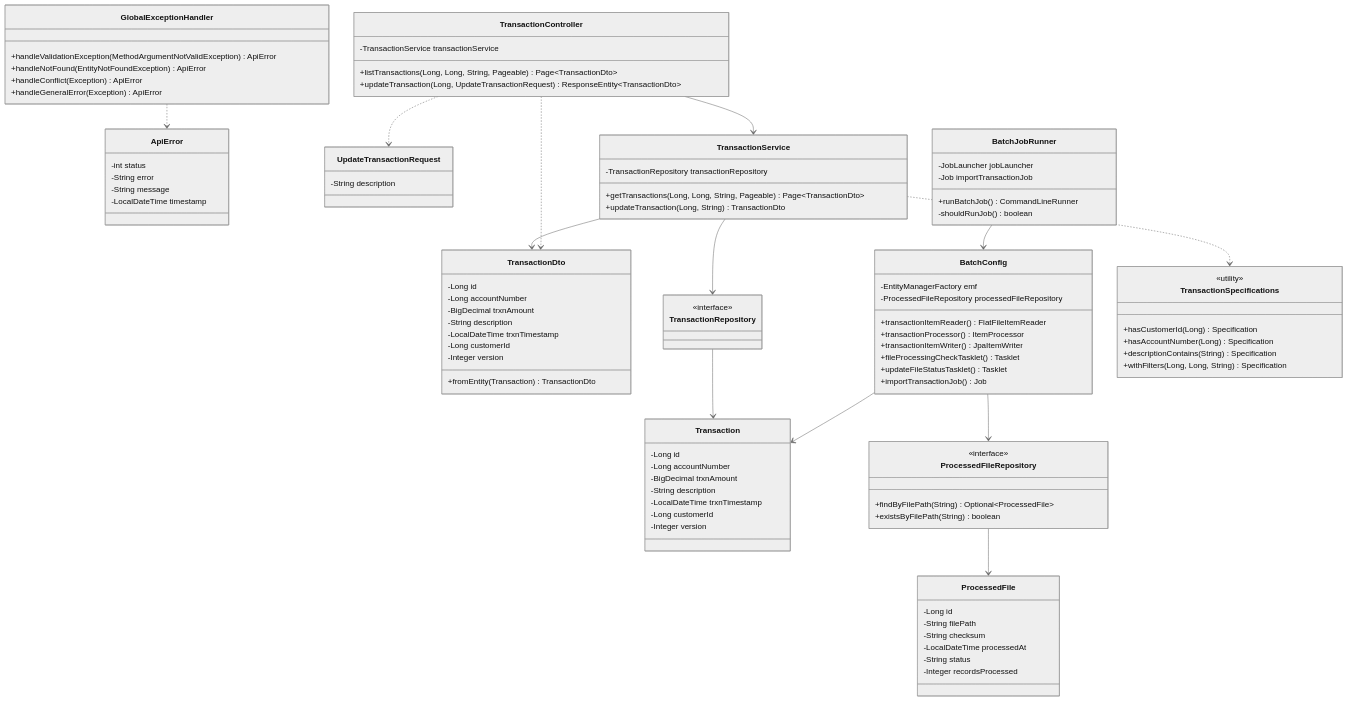
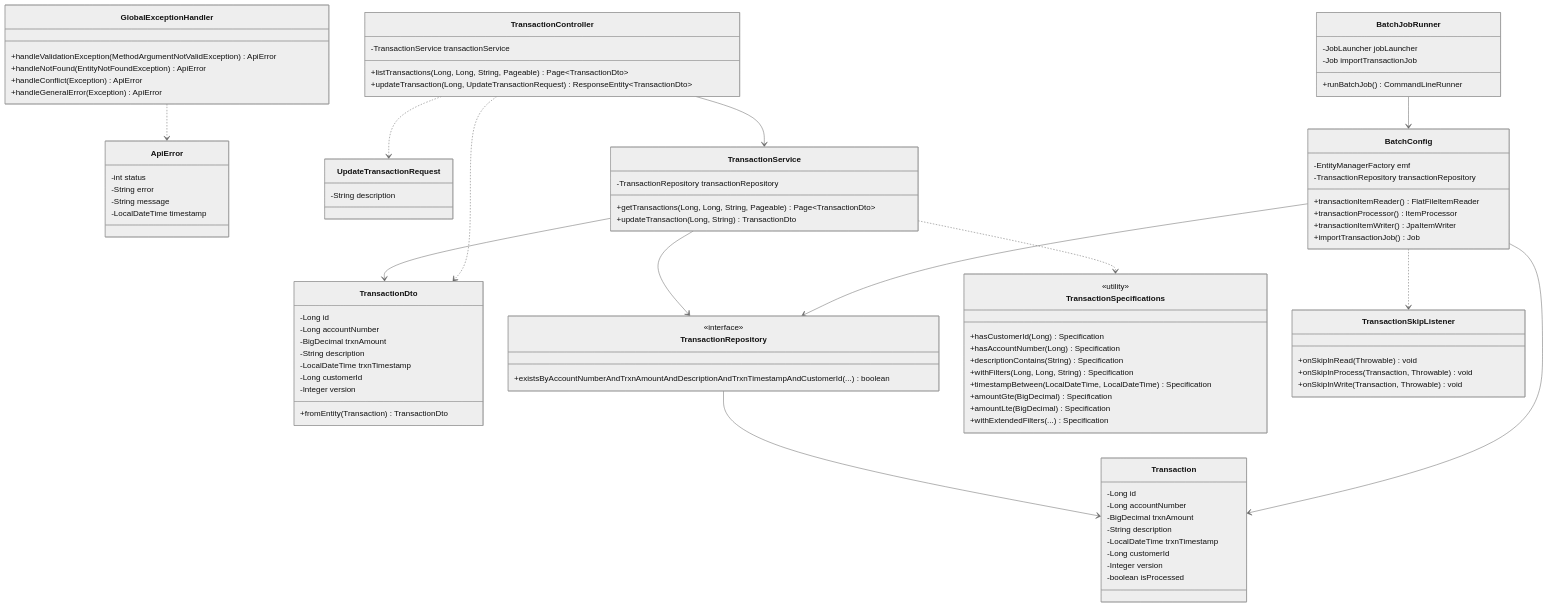
One commit to kwanlung/maybank-tech-assessment changed the first of 4 diagrams in README.md. Above: the diagram before and after it, drawn with Mermaid (neutral theme). The commit also changed other lines of this file and 1 other file, not shown here.

````diff
--- a/README.md
+++ b/README.md
@@ -107,15 +106,7 @@
         -LocalDateTime trxnTimestamp
         -Long customerId
         -Integer version
-    }
-    
-    class ProcessedFile {
-        -Long id
-        -String filePath
-        -String checksum
-        -LocalDateTime processedAt
-        -String status
-        -Integer recordsProcessed
+        -boolean isProcessed
     }
     
     class ApiError {
@@ -154,22 +145,15 @@
     
     class TransactionRepository {
         <<interface>>
-    }
-    
-    class ProcessedFileRepository {
-        <<interface>>
-        +findByFilePath(String) Optional~ProcessedFile~
-        +existsByFilePath(String) boolean
+        +existsByAccountNumberAndTrxnAmountAndDescriptionAndTrxnTimestampAndCustomerId(...) boolean
     }
     
     class BatchConfig {
         -EntityManagerFactory emf
-        -ProcessedFileRepository processedFileRepository
+        -TransactionRepository transactionRepository
         +transactionItemReader() FlatFileItemReader
         +transactionProcessor() ItemProcessor
         +transactionItemWriter() JpaItemWriter
-        +fileProcessingCheckTasklet() Tasklet
-        +updateFileStatusTasklet() Tasklet
         +importTransactionJob() Job
     }
     
@@ -177,7 +161,6 @@
         -JobLauncher jobLauncher
         -Job importTransactionJob
         +runBatchJob() CommandLineRunner
-        -shouldRunJob() boolean
     }
     
     class TransactionSpecifications {
@@ -186,6 +169,10 @@
         +hasAccountNumber(Long) Specification
         +descriptionContains(String) Specification
         +withFilters(Long, Long, String) Specification
+        +timestampBetween(LocalDateTime, LocalDateTime) Specification
+        +amountGte(BigDecimal) Specification
+        +amountLte(BigDecimal) Specification
+        +withExtendedFilters(...) Specification
     }
     
     class GlobalExceptionHandler {
@@ -195,16 +182,22 @@
         +handleGeneralError(Exception) ApiError
     }
     
+    class TransactionSkipListener {
+        +onSkipInRead(Throwable) void
+        +onSkipInProcess(Transaction, Throwable) void
+        +onSkipInWrite(Transaction, Throwable) void
+    }
+    
     TransactionController --> TransactionService
     TransactionService --> TransactionRepository
     TransactionService --> TransactionDto
     TransactionRepository --> Transaction
-    BatchConfig --> ProcessedFileRepository
+    BatchConfig --> TransactionRepository
     BatchConfig --> Transaction
     BatchJobRunner --> BatchConfig
     TransactionController ..> UpdateTransactionRequest
     TransactionController ..> TransactionDto
     TransactionService ..> TransactionSpecifications
-    ProcessedFileRepository --> ProcessedFile
+    BatchConfig ..> TransactionSkipListener
     GlobalExceptionHandler ..> ApiError
 ```
````
